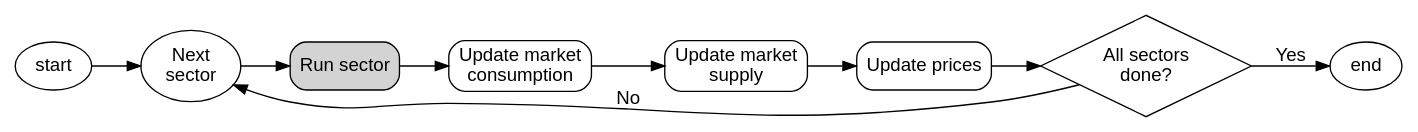
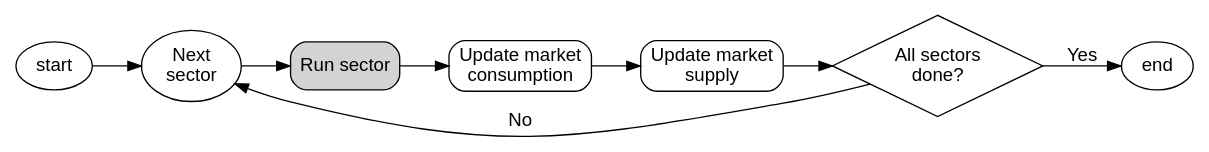
Before and after one commit to EnergySystemsModellingLab/MUSE_OS: the ninth of 12 diagrams in docs/application-flow.rst, drawn with Graphviz.

Commit message:
Remove update prices from the sector loop

```diff
--- a/docs/application-flow.rst
+++ b/docs/application-flow.rst
@@ -350,25 +350,24 @@
 .. graphviz::
     :align: center
     :alt: Steps of a single year iteration
 
     digraph single_year {
             fontname="Helvetica,Arial,sans-serif"
             node [fontname="Helvetica,Arial,sans-serif", shape=box, style=rounded]
             edge [fontname="Helvetica,Arial,sans-serif"]
             rankdir=LR
             clusterrank=local
             newrank=true
 
             {node [shape=""]; start; end;}
             next [label="Next\nsector", shape=""]
             run_sector [label="Run sector", fillcolor="lightgrey", style="rounded,filled"]
             consumption [label="Update market\nconsumption"];
             supply [label="Update market\nsupply"];
             all_done [label="All sectors\ndone?", shape=diamond, style=""]
-            prices [label="Update prices"]
 
 
-            start -> next -> run_sector -> consumption -> supply -> prices -> all_done
+            start -> next -> run_sector -> consumption -> supply -> all_done
             all_done -> end [label="Yes"]
             all_done -> next [label="No", constraint=false]
         }
```
